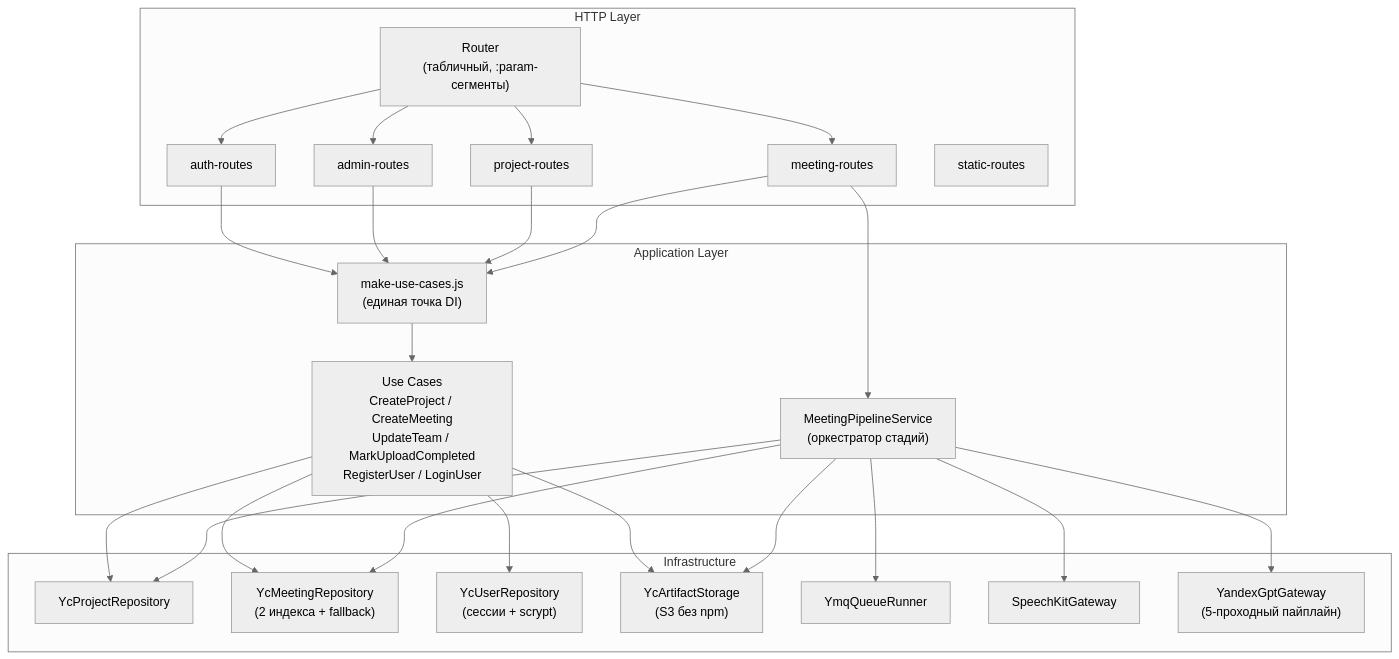
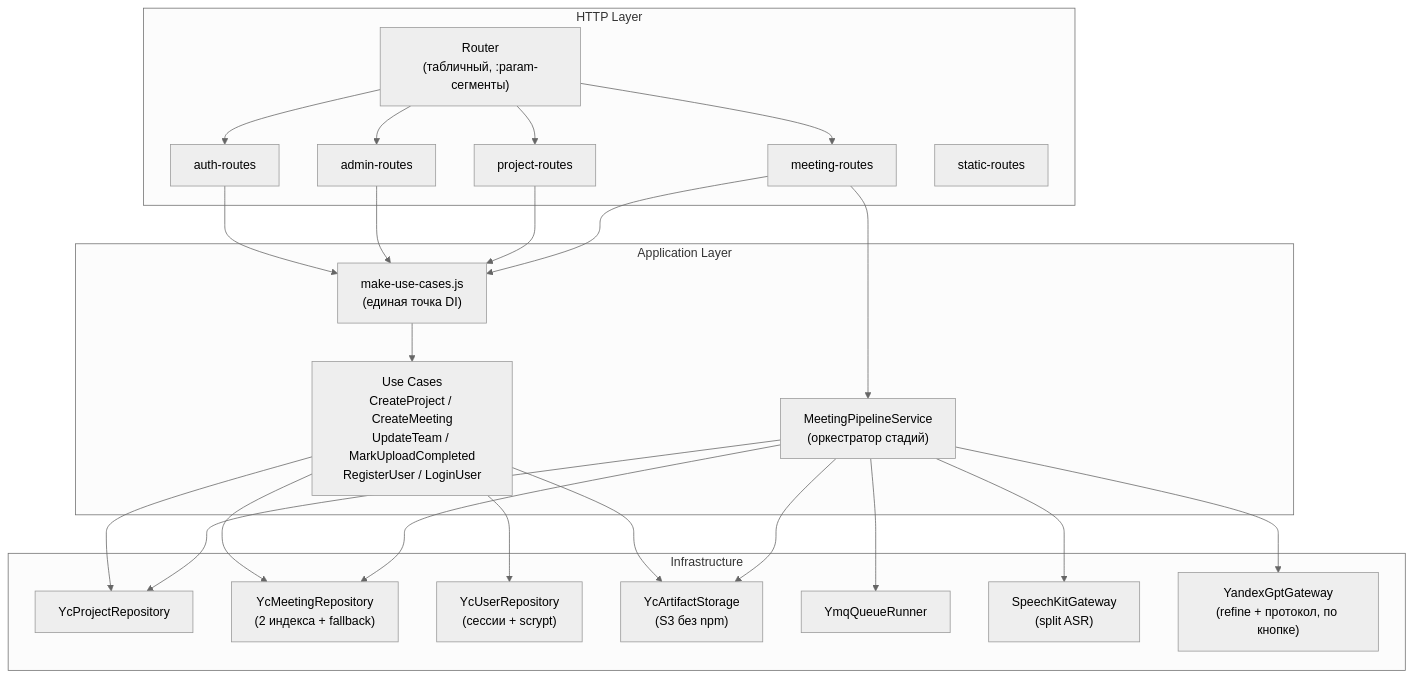
One commit to Gumbatali/YaSpeech-Public changed the diagram in docs/project-handbook/03-solution-architecture/c4-component.md. Above: the diagram before and after it, drawn with Mermaid (neutral theme). The commit also changed other lines of this file and 16 other files, not shown here.

````diff
--- a/docs/project-handbook/03-solution-architecture/c4-component.md
+++ b/docs/project-handbook/03-solution-architecture/c4-component.md
@@ -5,52 +5,52 @@
 ```mermaid
 flowchart TD
   subgraph HTTP ["HTTP Layer"]
     Router["Router\n(табличный, :param-сегменты)"]
     AuthRoutes["auth-routes"]
     AdminRoutes["admin-routes"]
     ProjectRoutes["project-routes"]
     MeetingRoutes["meeting-routes"]
     StaticRoutes["static-routes"]
   end
 
   subgraph App ["Application Layer"]
     MakeUseCases["make-use-cases.js\n(единая точка DI)"]
     UseCases["Use Cases\nCreateProject / CreateMeeting\nUpdateTeam / MarkUploadCompleted\nRegisterUser / LoginUser"]
     Pipeline["MeetingPipelineService\n(оркестратор стадий)"]
   end
 
   subgraph Infra ["Infrastructure"]
     ProjectRepo["YcProjectRepository"]
     MeetingRepo["YcMeetingRepository\n(2 индекса + fallback)"]
     UserRepo["YcUserRepository\n(сессии + scrypt)"]
     Storage["YcArtifactStorage\n(S3 без npm)"]
     Queue["YmqQueueRunner"]
-    SpeechGateway["SpeechKitGateway"]
-    AiGateway["YandexGptGateway\n(5-проходный пайплайн)"]
+    SpeechGateway["SpeechKitGateway\n(split ASR)"]
+    AiGateway["YandexGptGateway\n(refine + протокол, по кнопке)"]
   end
 
   Router --> AuthRoutes
   Router --> AdminRoutes
   Router --> ProjectRoutes
   Router --> MeetingRoutes
 
   AuthRoutes --> MakeUseCases
   AdminRoutes --> MakeUseCases
   ProjectRoutes --> MakeUseCases
   MeetingRoutes --> MakeUseCases
   MeetingRoutes --> Pipeline
 
   MakeUseCases --> UseCases
 
   UseCases --> ProjectRepo
   UseCases --> MeetingRepo
   UseCases --> UserRepo
   UseCases --> Storage
 
   Pipeline --> MeetingRepo
   Pipeline --> ProjectRepo
   Pipeline --> Storage
   Pipeline --> SpeechGateway
   Pipeline --> AiGateway
   Pipeline --> Queue
 ```
````
